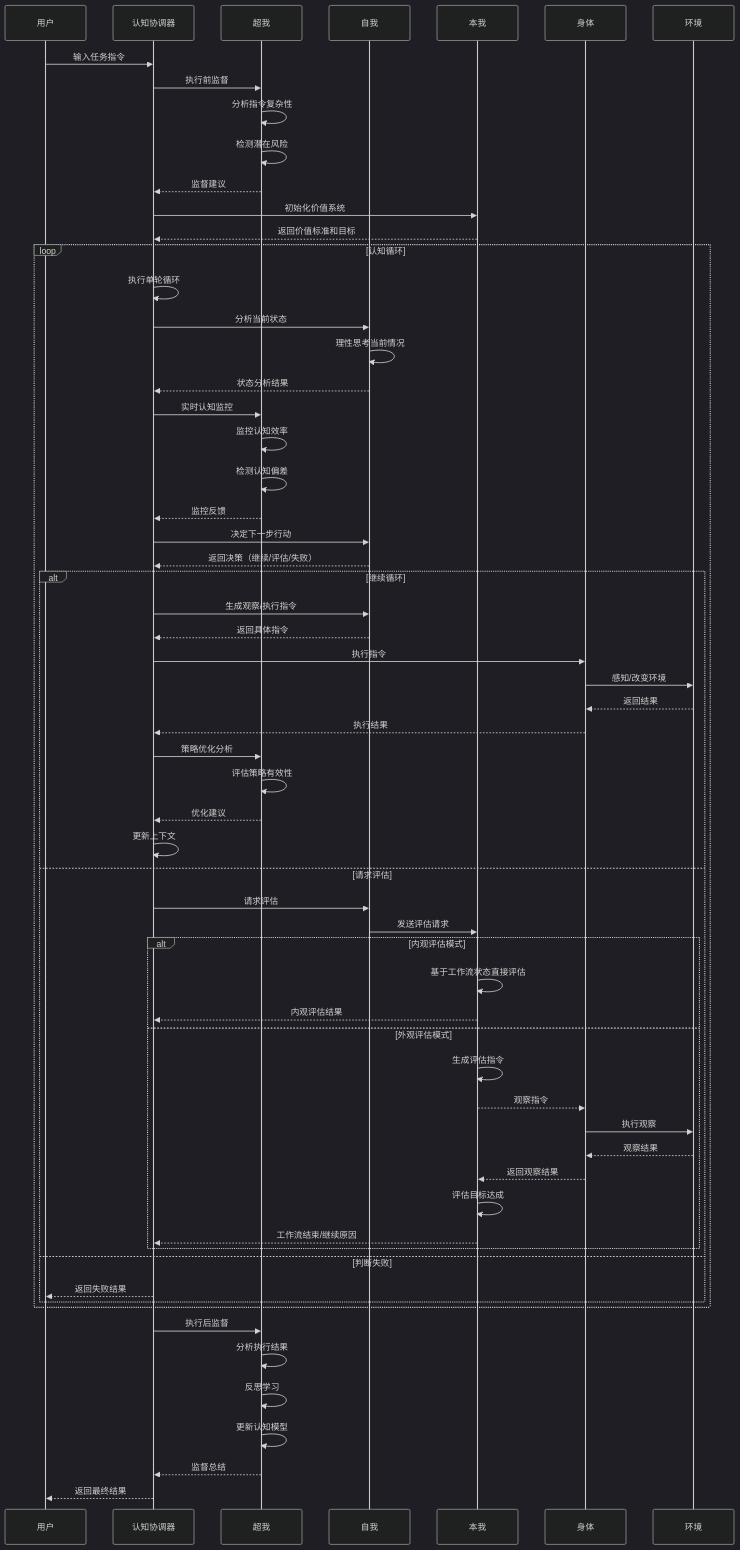
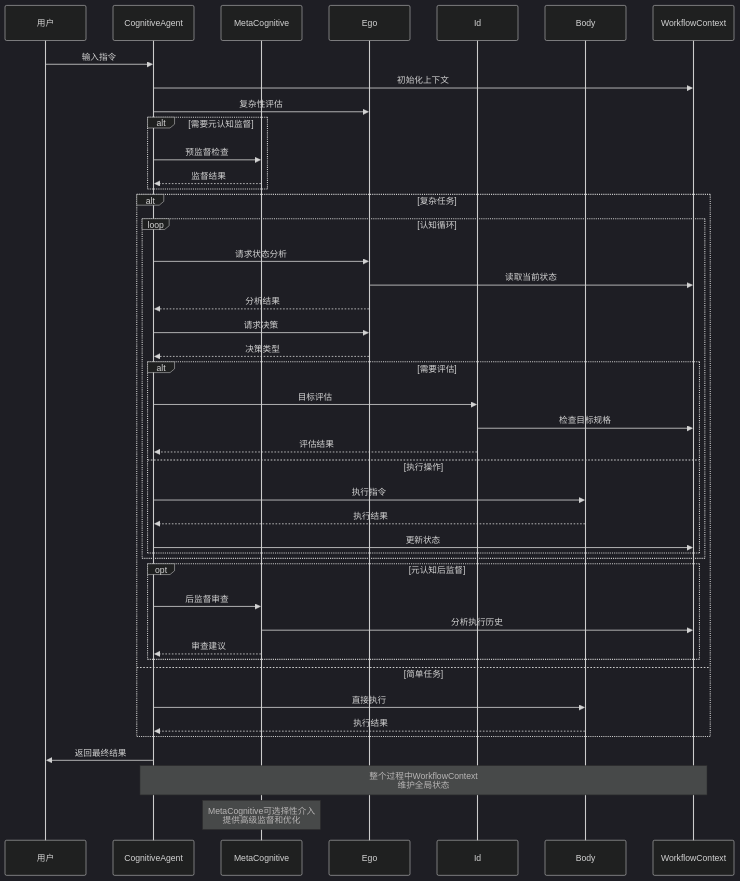
The seventh of 7 diagrams in embodied_cognitive_workflow/ai_docs/具身认知工作流技术实现架构文档.md (guci314/AgentFramework), drawn with Mermaid (dark theme) before and after one commit. The commit also changed other lines of this file and 217 other files, not shown here.

````diff
--- a/embodied_cognitive_workflow/ai_docs/具身认知工作流技术实现架构文档.md
+++ b/embodied_cognitive_workflow/ai_docs/具身认知工作流技术实现架构文档.md
@@ -356,80 +712,54 @@
 ```mermaid
 sequenceDiagram
     participant User as 用户
-    participant CA as 认知协调器
-    participant SuperEgo as 超我
-    participant Ego as 自我
-    participant Id as 本我
-    participant Body as 身体
-    participant Env as 环境
-
-    User->>CA: 输入任务指令
+    participant CA as CognitiveAgent
+    participant MCA as MetaCognitive
+    participant EA as Ego
+    participant IA as Id
+    participant BA as Body
+    participant WC as WorkflowContext
     
-    %% 超我预监督
-    CA->>SuperEgo: 执行前监督
-    SuperEgo->>SuperEgo: 分析指令复杂性
-    SuperEgo->>SuperEgo: 检测潜在风险
-    SuperEgo-->>CA: 监督建议
+    User->>CA: 输入指令
+    CA->>WC: 初始化上下文
+    CA->>EA: 复杂性评估
     
-    CA->>Id: 初始化价值系统
-    Id-->>CA: 返回价值标准和目标
-    
-    loop 认知循环
-        CA->>CA: 执行单轮循环
-        CA->>Ego: 分析当前状态
-        Ego->>Ego: 理性思考当前情况
-        Ego-->>CA: 状态分析结果
-        
-        %% 超我实时监控
-        CA->>SuperEgo: 实时认知监控
-        SuperEgo->>SuperEgo: 监控认知效率
-        SuperEgo->>SuperEgo: 检测认知偏差
-        SuperEgo-->>CA: 监控反馈
-        
-        CA->>Ego: 决定下一步行动
-        Ego-->>CA: 返回决策（继续/评估/失败）
-        
-        alt 继续循环
-            CA->>Ego: 生成观察/执行指令
-            Ego-->>CA: 返回具体指令
-            CA->>Body: 执行指令
-            Body->>Env: 感知/改变环境
-            Env-->>Body: 返回结果
-            Body-->>CA: 执行结果
-            
-            %% 超我策略优化
-            CA->>SuperEgo: 策略优化分析
-            SuperEgo->>SuperEgo: 评估策略有效性
-            SuperEgo-->>CA: 优化建议
-            
-            CA->>CA: 更新上下文
-        else 请求评估
-            CA->>Ego: 请求评估
-            Ego->>Id: 发送评估请求
-            
-            alt 内观评估模式
-                Id->>Id: 基于工作流状态直接评估
-                Id-->>CA: 内观评估结果
-            else 外观评估模式
-                Id->>Id: 生成评估指令
-                Id-->>Body: 观察指令
-                Body->>Env: 执行观察
-                Env-->>Body: 观察结果
-                Body-->>Id: 返回观察结果
-                Id->>Id: 评估目标达成
-                Id-->>CA: 工作流结束/继续原因
-            end
-        else 判断失败
-            CA-->>User: 返回失败结果
-        end
+    alt 需要元认知监督
+        CA->>MCA: 预监督检查
+        MCA-->>CA: 监督结果
     end
     
-    %% 超我后监督和反思
-    CA->>SuperEgo: 执行后监督
-    SuperEgo->>SuperEgo: 分析执行结果
-    SuperEgo->>SuperEgo: 反思学习
-    SuperEgo->>SuperEgo: 更新认知模型
-    SuperEgo-->>CA: 监督总结
+    alt 复杂任务
+        loop 认知循环
+            CA->>EA: 请求状态分析
+            EA->>WC: 读取当前状态
+            EA-->>CA: 分析结果
+            
+            CA->>EA: 请求决策
+            EA-->>CA: 决策类型
+            
+            alt 需要评估
+                CA->>IA: 目标评估
+                IA->>WC: 检查目标规格
+                IA-->>CA: 评估结果
+            else 执行操作
+                CA->>BA: 执行指令
+                BA-->>CA: 执行结果
+                CA->>WC: 更新状态
+            end
+        end
+        
+        opt 元认知后监督
+            CA->>MCA: 后监督审查
+            MCA->>WC: 分析执行历史
+            MCA-->>CA: 审查建议
+        end
+    else 简单任务
+        CA->>BA: 直接执行
+        BA-->>CA: 执行结果
+    end
     
-    CA-->>User: 返回最终结果
+    CA->>User: 返回最终结果
+    
+    Note over CA,WC: 整个过程中WorkflowContext<br/>维护全局状态
+    Note over MCA: MetaCognitive可选择性介入<br/>提供高级监督和优化
 ```
````
